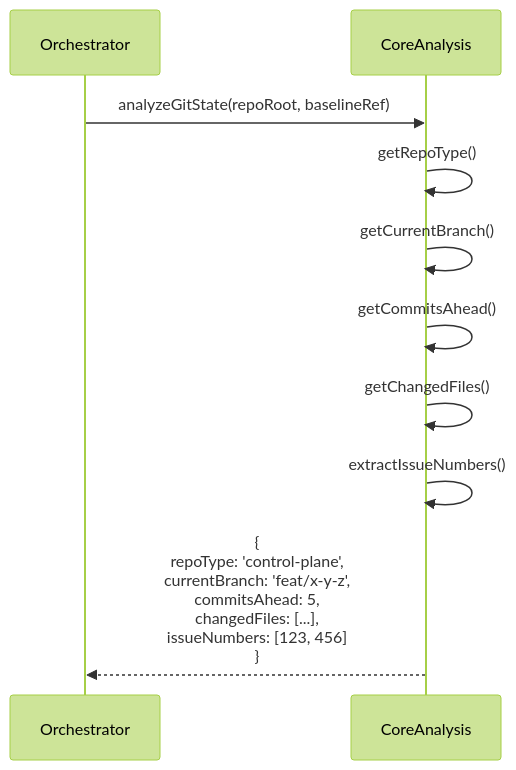
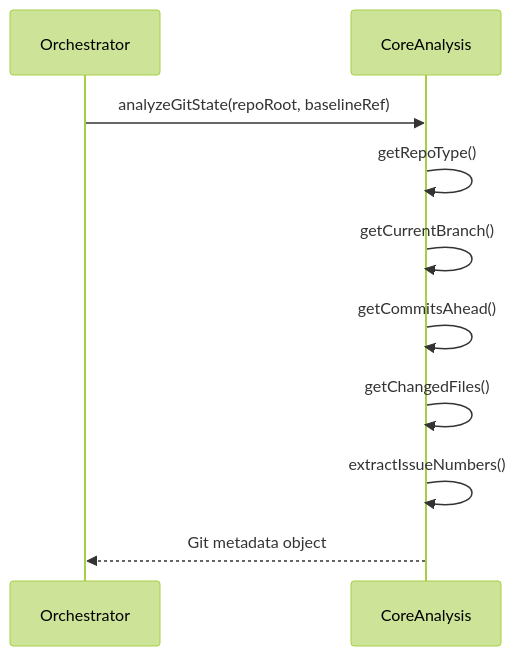
One commit to lightspeedwp/.github changed the second of 6 diagrams in agents/chat-closure-agent/docs/ARCHITECTURE.md. Above: the diagram before and after it, drawn with Mermaid (forest theme).

Commit message:
fix: Simplify Mermaid sequence diagram to fix syntax errors

````diff
--- a/agents/chat-closure-agent/docs/ARCHITECTURE.md
+++ b/agents/chat-closure-agent/docs/ARCHITECTURE.md
@@ -90,10 +90,10 @@
 ```mermaid
 sequenceDiagram
     Orchestrator->>CoreAnalysis: analyzeGitState(repoRoot, baselineRef)
     CoreAnalysis->>CoreAnalysis: getRepoType()
     CoreAnalysis->>CoreAnalysis: getCurrentBranch()
     CoreAnalysis->>CoreAnalysis: getCommitsAhead()
     CoreAnalysis->>CoreAnalysis: getChangedFiles()
     CoreAnalysis->>CoreAnalysis: extractIssueNumbers()
-    CoreAnalysis-->>Orchestrator: {<br/>  repoType: 'control-plane',<br/>  currentBranch: 'feat/x-y-z',<br/>  commitsAhead: 5,<br/>  changedFiles: [...],<br/>  issueNumbers: [123, 456]<br/>}
+    CoreAnalysis-->>Orchestrator: Git metadata object
 ```
````
